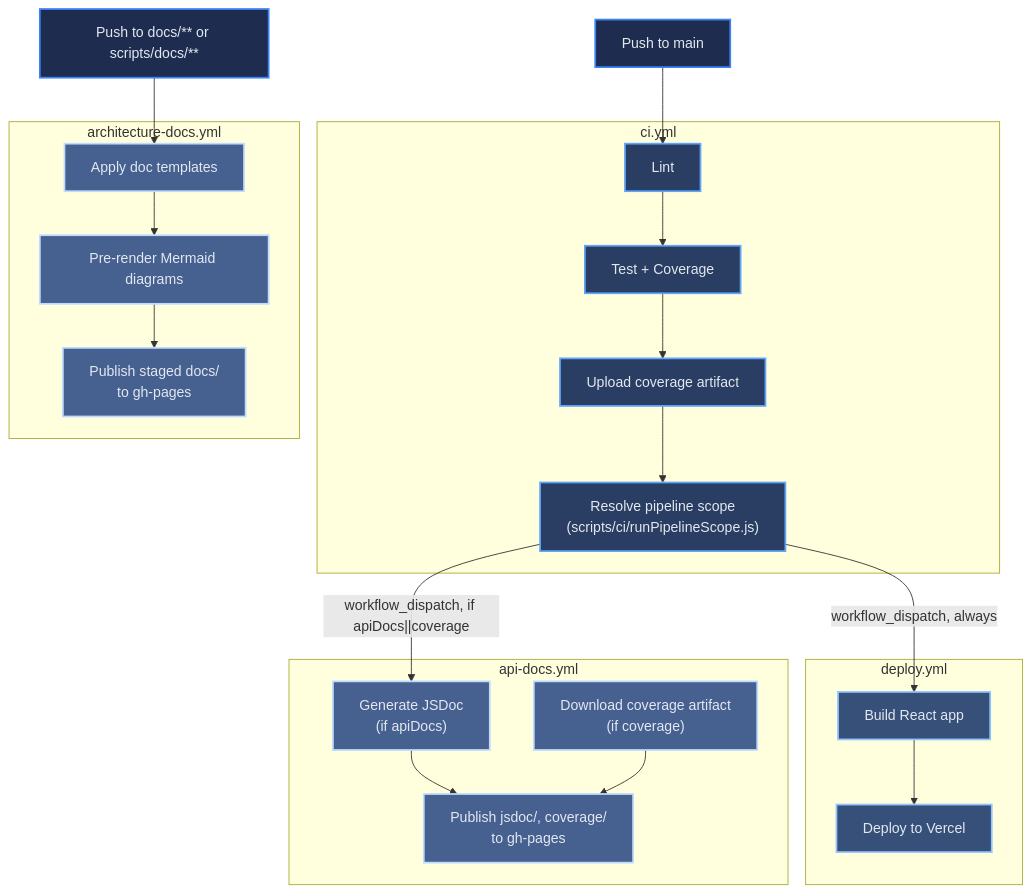
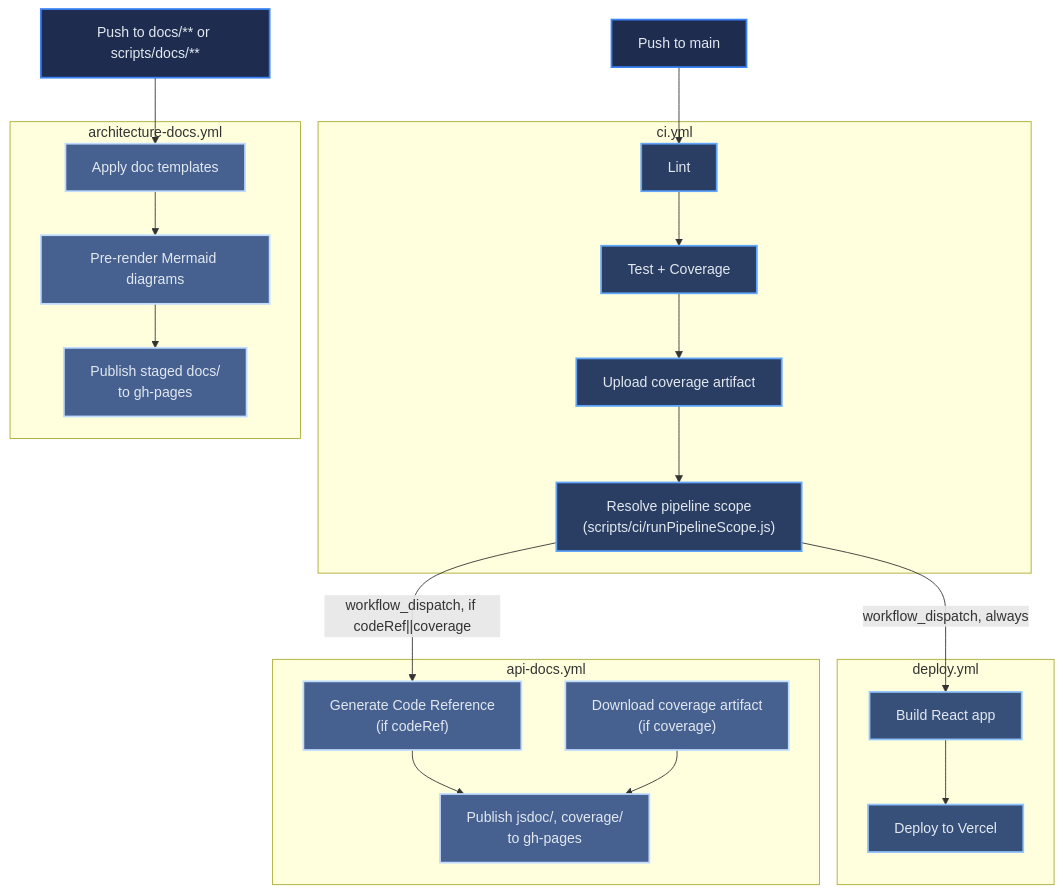
The diagram in docs/architecture/07-deployment.md (Keglev/my-portfolio), drawn with Mermaid before and after one commit. The commit also changed other lines of this file and 85 other files, not shown here.

First line of the commit message:
docs: landing card set, zero-emoji theme, DE switch fix, back-link injector, Code Reference rename (#43)

````diff
--- a/docs/architecture/07-deployment.md
+++ b/docs/architecture/07-deployment.md
@@ -20,50 +20,50 @@
 ```mermaid
 flowchart TD
     Push["Push to main"]
 
     subgraph CI["ci.yml"]
         Lint["Lint"]
         Test["Test + Coverage"]
         Artifact["Upload coverage artifact"]
         Scope["Resolve pipeline scope\n(scripts/ci/runPipelineScope.js)"]
         Lint --> Test --> Artifact --> Scope
     end
 
     subgraph DP["deploy.yml"]
         BuildReact["Build React app"]
         VercelDeploy["Deploy to Vercel"]
         BuildReact --> VercelDeploy
     end
 
     subgraph AD["api-docs.yml"]
-        JSDoc["Generate JSDoc\n(if apiDocs)"]
+        JSDoc["Generate Code Reference\n(if codeRef)"]
         Coverage["Download coverage artifact\n(if coverage)"]
         GHPagesAPI["Publish jsdoc/, coverage/\nto gh-pages"]
         JSDoc --> GHPagesAPI
         Coverage --> GHPagesAPI
     end
 
     subgraph AR["architecture-docs.yml"]
         Templates["Apply doc templates"]
         Mermaid["Pre-render Mermaid diagrams"]
         GHPagesArch["Publish staged docs/\nto gh-pages"]
         Templates --> Mermaid --> GHPagesArch
     end
 
     DocsPush["Push to docs/** or scripts/docs/**"]
 
     Push --> Lint
     Scope -->|"workflow_dispatch, always"| BuildReact
-    Scope -->|"workflow_dispatch, if apiDocs||coverage"| JSDoc
+    Scope -->|"workflow_dispatch, if codeRef||coverage"| JSDoc
     DocsPush --> Templates
 
     class Push,DocsPush l1
     class Lint,Test,Artifact,Scope l2
     class BuildReact,VercelDeploy l3
     class JSDoc,Coverage,GHPagesAPI,Templates,Mermaid,GHPagesArch l4
 
     classDef l1 fill:#1e2d4f,stroke:#3B82F6,stroke-width:2px,color:#E2E8F0
     classDef l2 fill:#2a3d62,stroke:#60A5FA,stroke-width:2px,color:#E2E8F0
     classDef l3 fill:#37507a,stroke:#93C5FD,stroke-width:2px,color:#E2E8F0
     classDef l4 fill:#466090,stroke:#BFDBFE,stroke-width:2px,color:#E2E8F0
 ```
````
